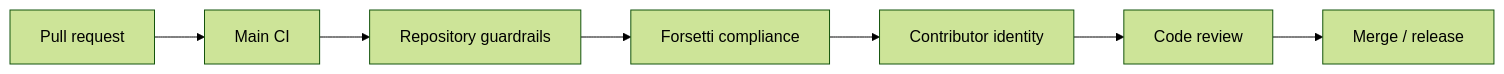
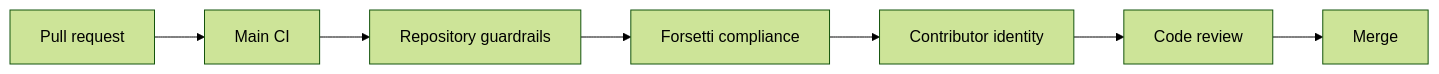
One commit to flynn33/yggdrasil-world-engine changed the diagram in docs/governance/github_automation_agents.md. Above: the diagram before and after it, drawn with Mermaid (forest theme). The commit also changed other lines of this file and 37 other files, not shown here.

Commit message:
Rebuild validation around specification roadmap

````diff
--- a/docs/governance/github_automation_agents.md
+++ b/docs/governance/github_automation_agents.md
@@ -68,12 +70,12 @@
 ```mermaid
 flowchart LR
   PR["Pull request"]
   Main["Main CI"]
   Guard["Repository guardrails"]
   Forsetti["Forsetti compliance"]
   Identity["Contributor identity"]
   Review["Code review"]
-  Merge["Merge / release"]
+  Merge["Merge"]
 
   PR --> Main --> Guard --> Forsetti --> Identity --> Review --> Merge
 ```
````
